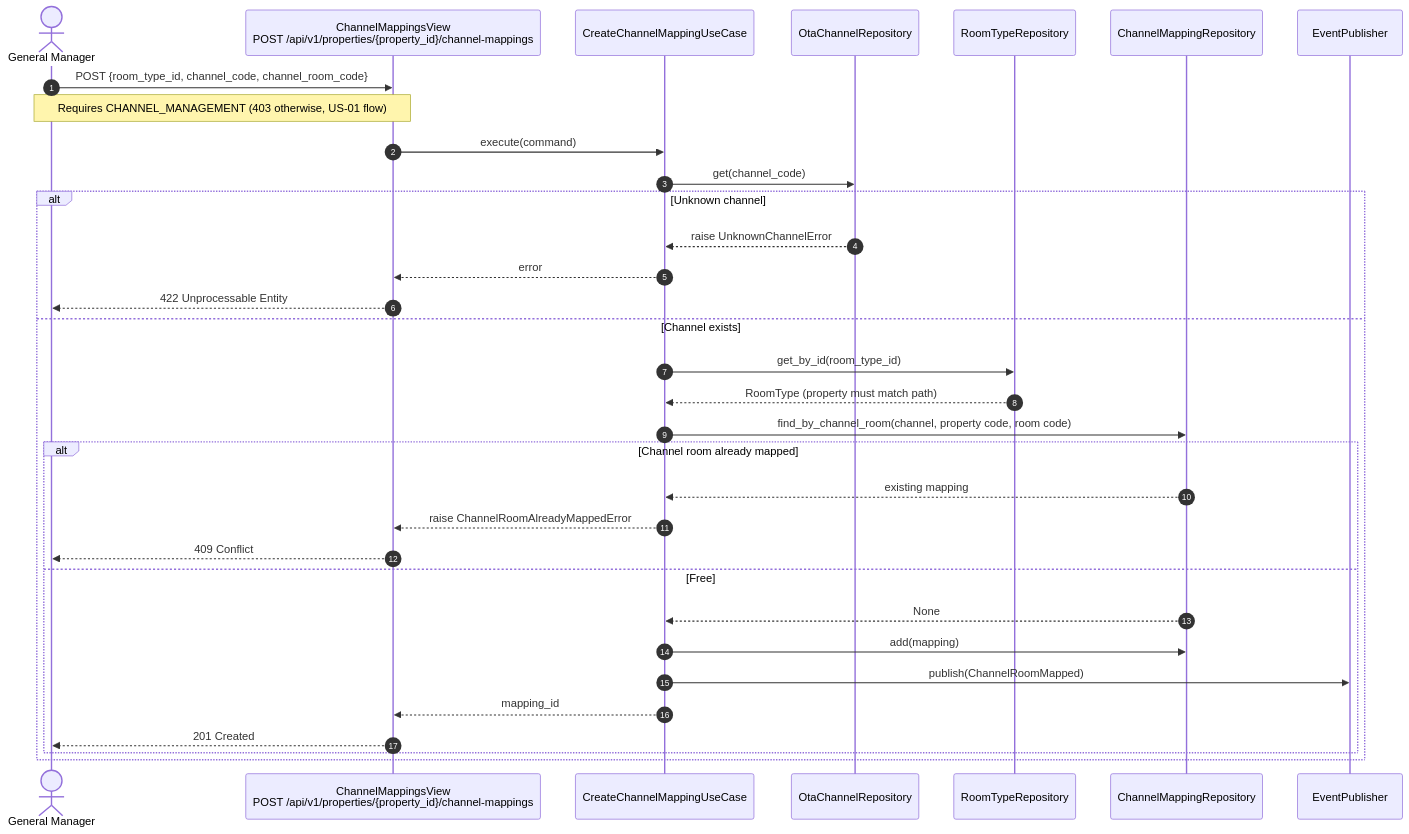
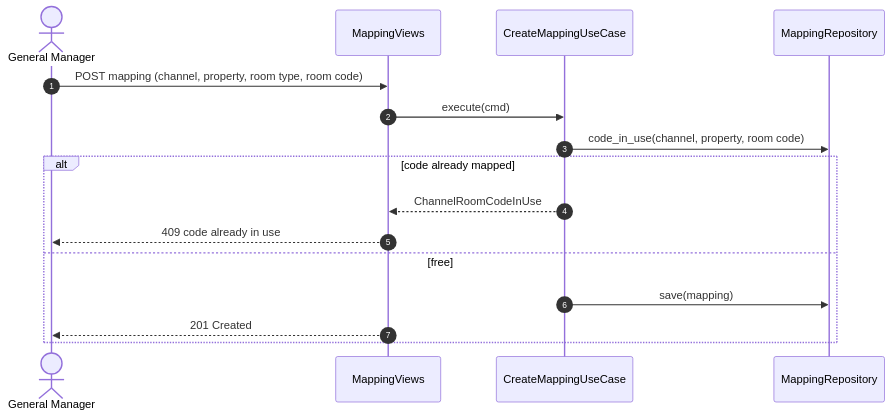
The third of 4 diagrams in docs/Initial Requirements/Diagrams/US-08 - OTA Channel Mapping.md (BraceroInSabot/Motel-Starmie), drawn with Mermaid before and after one commit. The commit also changed other lines of this file and 51 other files, not shown here.

````diff
--- a/docs/Initial Requirements/Diagrams/US-08 - OTA Channel Mapping.md
+++ b/docs/Initial Requirements/Diagrams/US-08 - OTA Channel Mapping.md
@@ -207,36 +142,19 @@
 ```mermaid
 sequenceDiagram
     autonumber
     actor GM as General Manager
-    participant View as ChannelMappingsView<br/>POST /api/v1/properties/{property_id}/channel-mappings
-    participant UC as CreateChannelMappingUseCase
-    participant Ch as OtaChannelRepository
-    participant RT as RoomTypeRepository
-    participant Repo as ChannelMappingRepository
-    participant Bus as EventPublisher
+    participant View as MappingViews
+    participant UC as CreateMappingUseCase
+    participant Repo as MappingRepository
 
-    GM->>View: POST {room_type_id, channel_code, channel_room_code}
-    Note over GM,View: Requires CHANNEL_MANAGEMENT (403 otherwise, US-01 flow)
-    View->>UC: execute(command)
-    UC->>Ch: get(channel_code)
-    alt Unknown channel
-        Ch-->>UC: raise UnknownChannelError
-        UC-->>View: error
-        View-->>GM: 422 Unprocessable Entity
-    else Channel exists
-        UC->>RT: get_by_id(room_type_id)
-        RT-->>UC: RoomType (property must match path)
-        UC->>Repo: find_by_channel_room(channel, property code, room code)
-        alt Channel room already mapped
-            Repo-->>UC: existing mapping
-            UC-->>View: raise ChannelRoomAlreadyMappedError
-            View-->>GM: 409 Conflict
-        else Free
-            Repo-->>UC: None
-            UC->>Repo: add(mapping)
-            UC->>Bus: publish(ChannelRoomMapped)
-            UC-->>View: mapping_id
-            View-->>GM: 201 Created
-        end
+    GM->>View: POST mapping (channel, property, room type, room code)
+    View->>UC: execute(cmd)
+    UC->>Repo: code_in_use(channel, property, room code)
+    alt code already mapped
+        UC-->>View: ChannelRoomCodeInUse
+        View-->>GM: 409 code already in use
+    else free
+        UC->>Repo: save(mapping)
+        View-->>GM: 201 Created
     end
 ```
````
